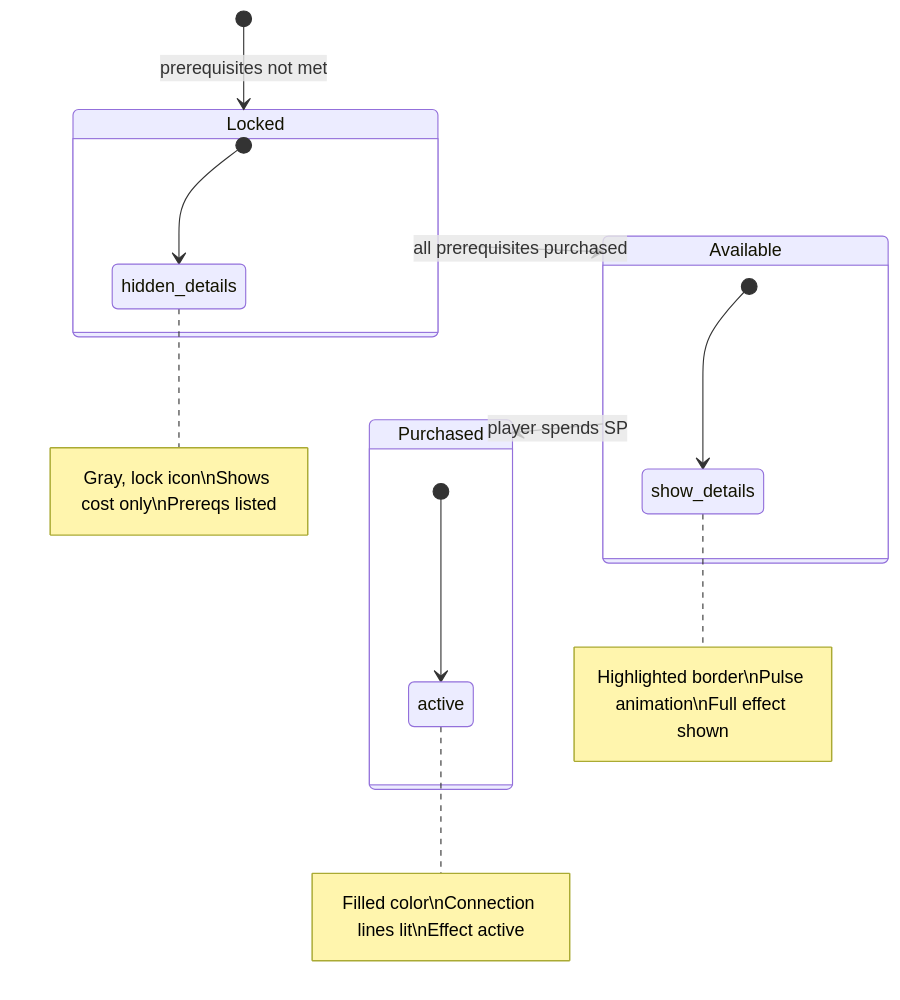
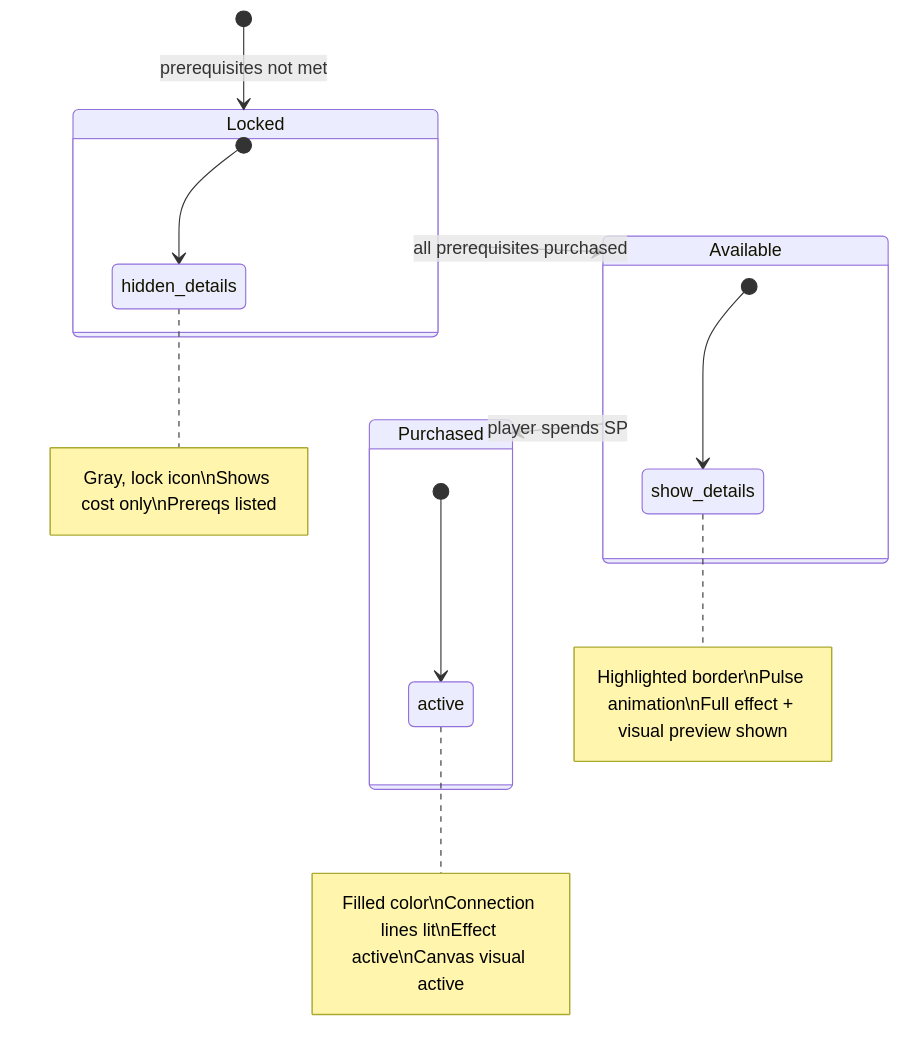
Before and after one commit to J-Gierend/gamePocGen: the third of 3 diagrams in prompts/phase2-gdd/skill-tree.md, drawn with Mermaid. The commit also changed other lines of this file and 9 other files, not shown here.

````diff
--- a/prompts/phase2-gdd/skill-tree.md
+++ b/prompts/phase2-gdd/skill-tree.md
@@ -154,19 +133,19 @@
 ```mermaid
 stateDiagram-v2
     [*] --> Locked: prerequisites not met
     Locked --> Available: all prerequisites purchased
     Available --> Purchased: player spends SP
 
     state Locked {
         [*] --> hidden_details
         note right of hidden_details: Gray, lock icon\nShows cost only\nPrereqs listed
     }
     state Available {
         [*] --> show_details
-        note right of show_details: Highlighted border\nPulse animation\nFull effect shown
+        note right of show_details: Highlighted border\nPulse animation\nFull effect + visual preview shown
     }
     state Purchased {
         [*] --> active
-        note right of active: Filled color\nConnection lines lit\nEffect active
+        note right of active: Filled color\nConnection lines lit\nEffect active\nCanvas visual active
     }
 ```
````
